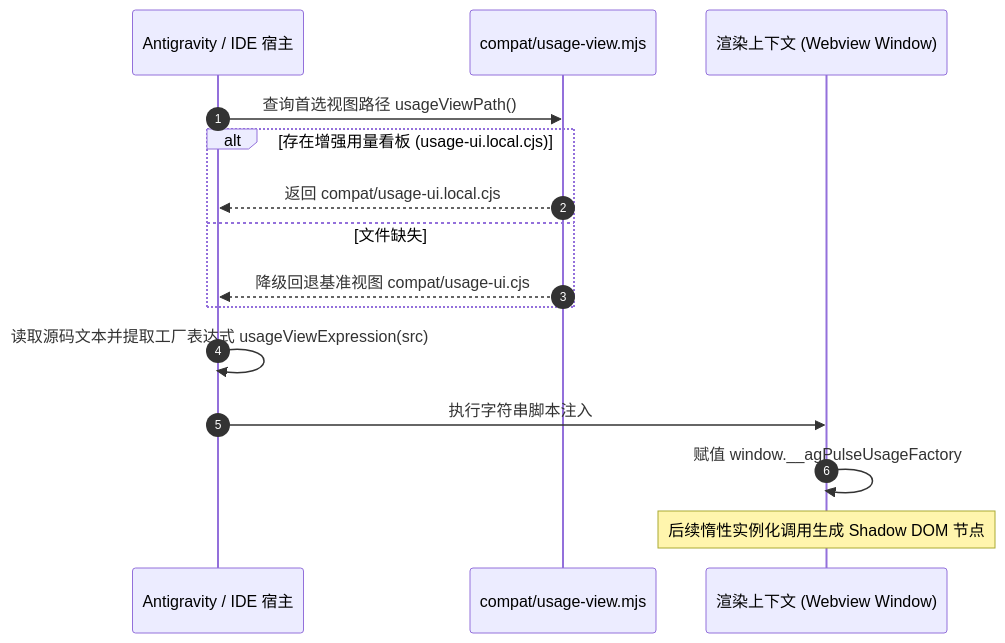
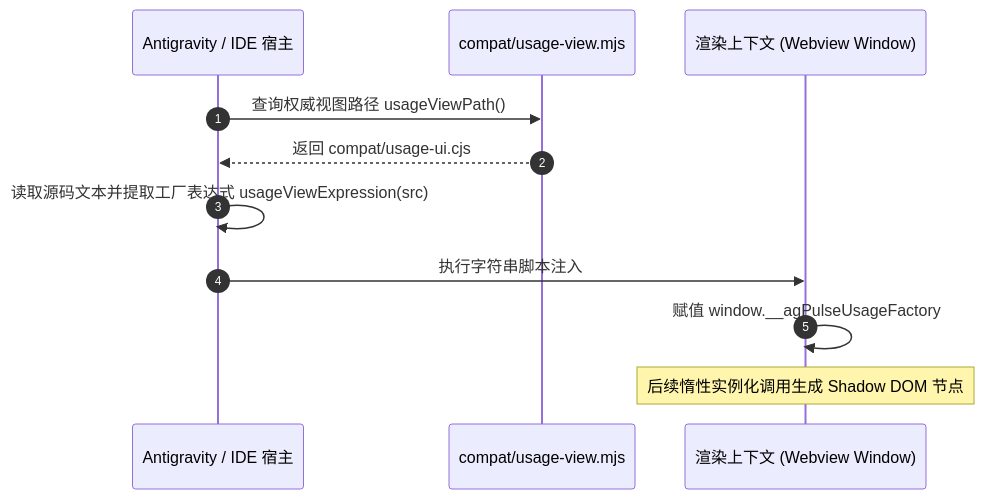
Before and after one commit to moumouye/antigrative-dashboard: the second of 3 diagrams in docs/contracts.md, drawn with Mermaid. The commit also changed other lines of this file and 26 other files, not shown here.

````diff
--- a/docs/contracts.md
+++ b/docs/contracts.md
@@ -32,18 +32,14 @@
 ```mermaid
 sequenceDiagram
     autonumber
     participant Host as Antigravity / IDE 宿主
     participant Resolver as compat/usage-view.mjs
     participant Webview as 渲染上下文 (Webview Window)
 
-    Host->>Resolver: 查询首选视图路径 usageViewPath()
-    alt 存在增强用量看板 (usage-ui.local.cjs)
-        Resolver-->>Host: 返回 compat/usage-ui.local.cjs
-    else 文件缺失
-        Resolver-->>Host: 降级回退基准视图 compat/usage-ui.cjs
-    end
+    Host->>Resolver: 查询权威视图路径 usageViewPath()
+    Resolver-->>Host: 返回 compat/usage-ui.cjs
     Host->>Host: 读取源码文本并提取工厂表达式 usageViewExpression(src)
     Host->>Webview: 执行字符串脚本注入
     Webview->>Webview: 赋值 window.__agPulseUsageFactory
     Note over Webview: 后续惰性实例化调用生成 Shadow DOM 节点
 ```
````
